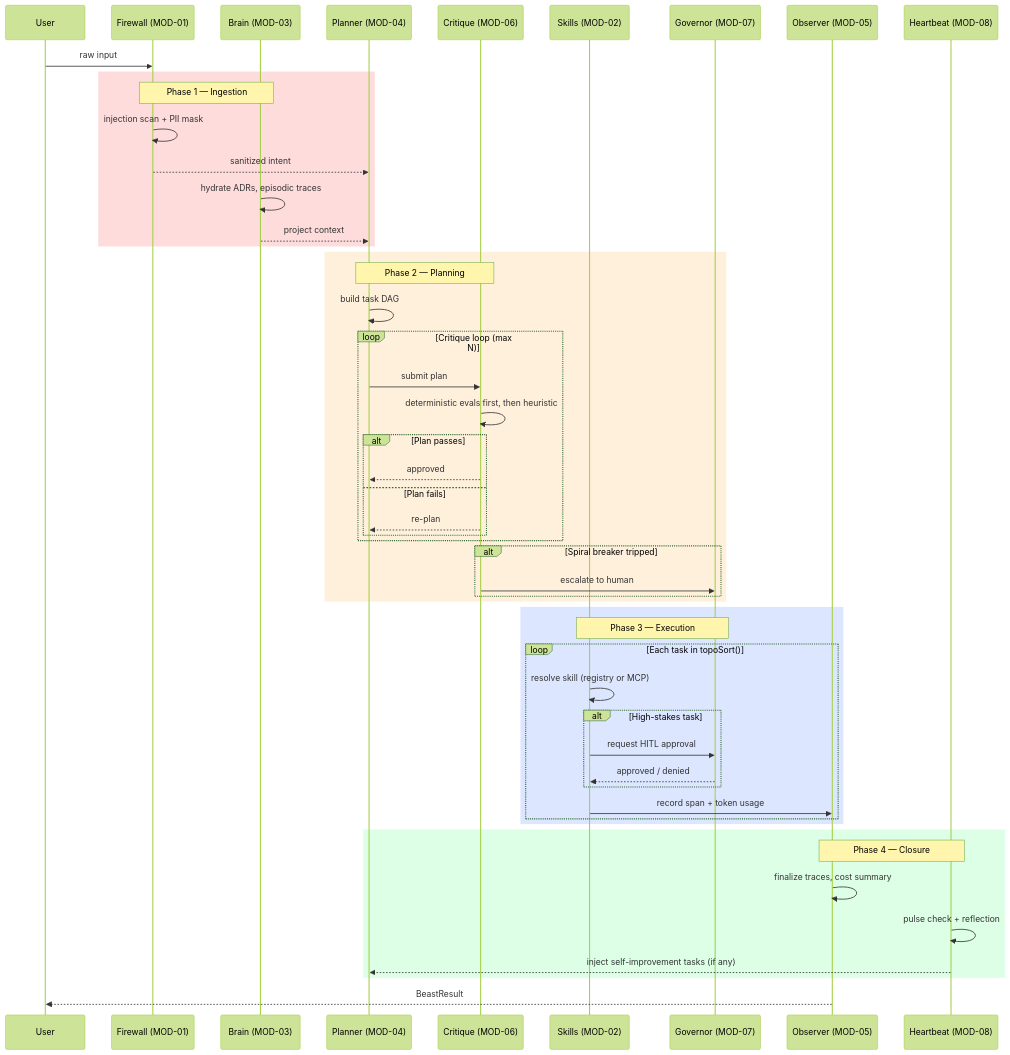
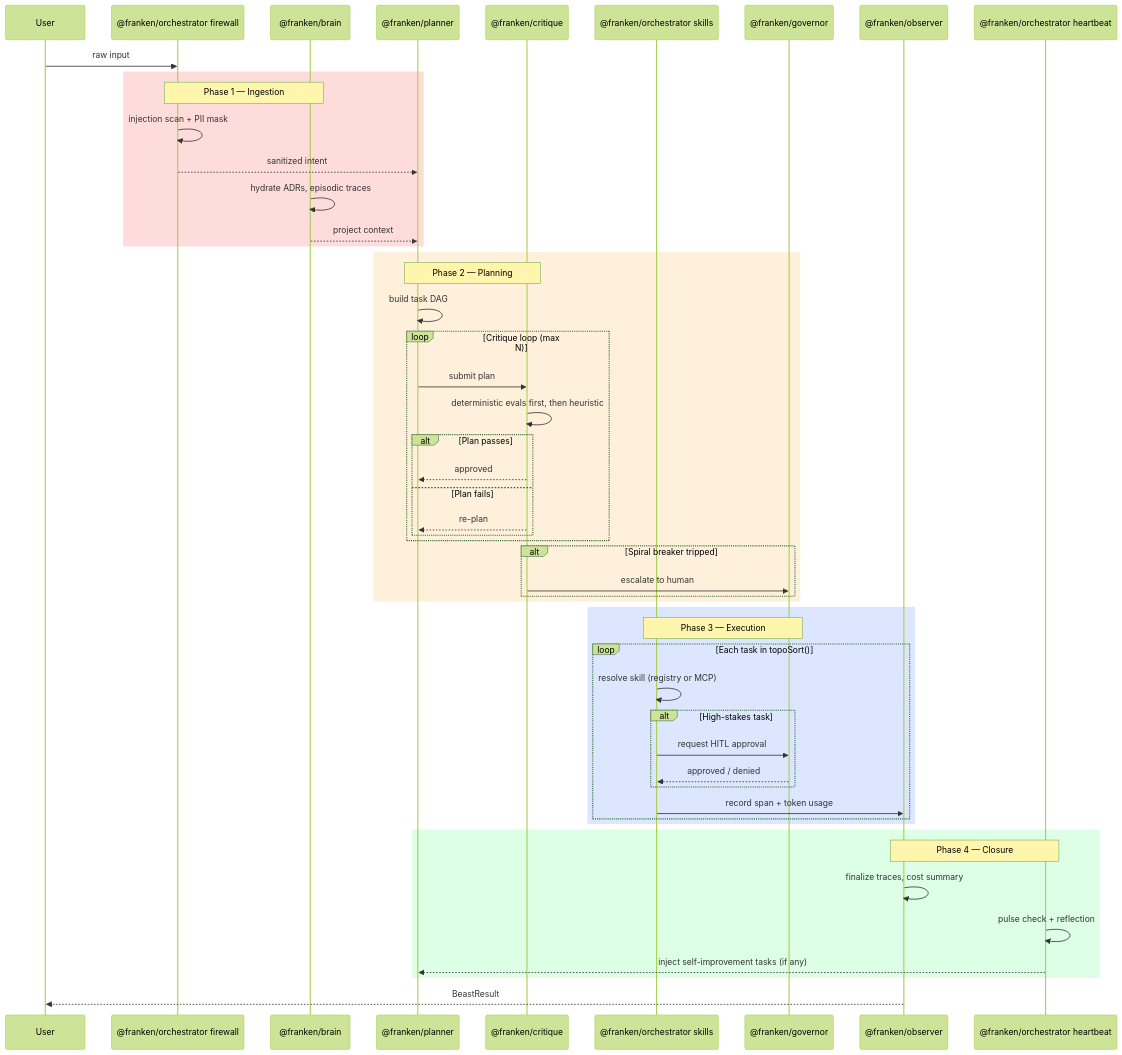
The second of 3 diagrams in README.md (djm204/frankenbeast), drawn with Mermaid (forest theme) before and after one commit. The commit also changed other lines of this file and 3 other files, not shown here.

Commit message:
docs: replace legacy architecture labels

````diff
--- a/README.md
+++ b/README.md
@@ -124,60 +124,60 @@
 ```mermaid
 sequenceDiagram
     participant U as User
-    participant FW as Firewall (MOD-01)
-    participant MEM as Brain (MOD-03)
-    participant PL as Planner (MOD-04)
-    participant CR as Critique (MOD-06)
-    participant SK as Skills (MOD-02)
-    participant GOV as Governor (MOD-07)
-    participant OB as Observer (MOD-05)
-    participant HB as Heartbeat (MOD-08)
+    participant FW as @franken/orchestrator firewall
+    participant MEM as @franken/brain
+    participant PL as @franken/planner
+    participant CR as @franken/critique
+    participant SK as @franken/orchestrator skills
+    participant GOV as @franken/governor
+    participant OB as @franken/observer
+    participant HB as @franken/orchestrator heartbeat
 
     U->>FW: raw input
 
     rect rgb(255, 220, 220)
         Note over FW,MEM: Phase 1 — Ingestion
         FW->>FW: injection scan + PII mask
         FW-->>PL: sanitized intent
         MEM->>MEM: hydrate ADRs, episodic traces
         MEM-->>PL: project context
     end
 
     rect rgb(255, 240, 220)
         Note over PL,CR: Phase 2 — Planning
         PL->>PL: build task DAG
         loop Critique loop (max N)
             PL->>CR: submit plan
             CR->>CR: deterministic evals first, then heuristic
             alt Plan passes
                 CR-->>PL: approved
             else Plan fails
                 CR-->>PL: re-plan
             end
         end
         alt Spiral breaker tripped
             CR->>GOV: escalate to human
         end
     end
 
     rect rgb(220, 230, 255)
         Note over SK,GOV: Phase 3 — Execution
         loop Each task in topoSort()
             SK->>SK: resolve skill (registry or MCP)
             alt High-stakes task
                 SK->>GOV: request HITL approval
                 GOV-->>SK: approved / denied
             end
             SK->>OB: record span + token usage
         end
     end
 
     rect rgb(220, 255, 230)
         Note over OB,HB: Phase 4 — Closure
         OB->>OB: finalize traces, cost summary
         HB->>HB: pulse check + reflection
         HB-->>PL: inject self-improvement tasks (if any)
     end
 
     OB-->>U: BeastResult
 ```
````
